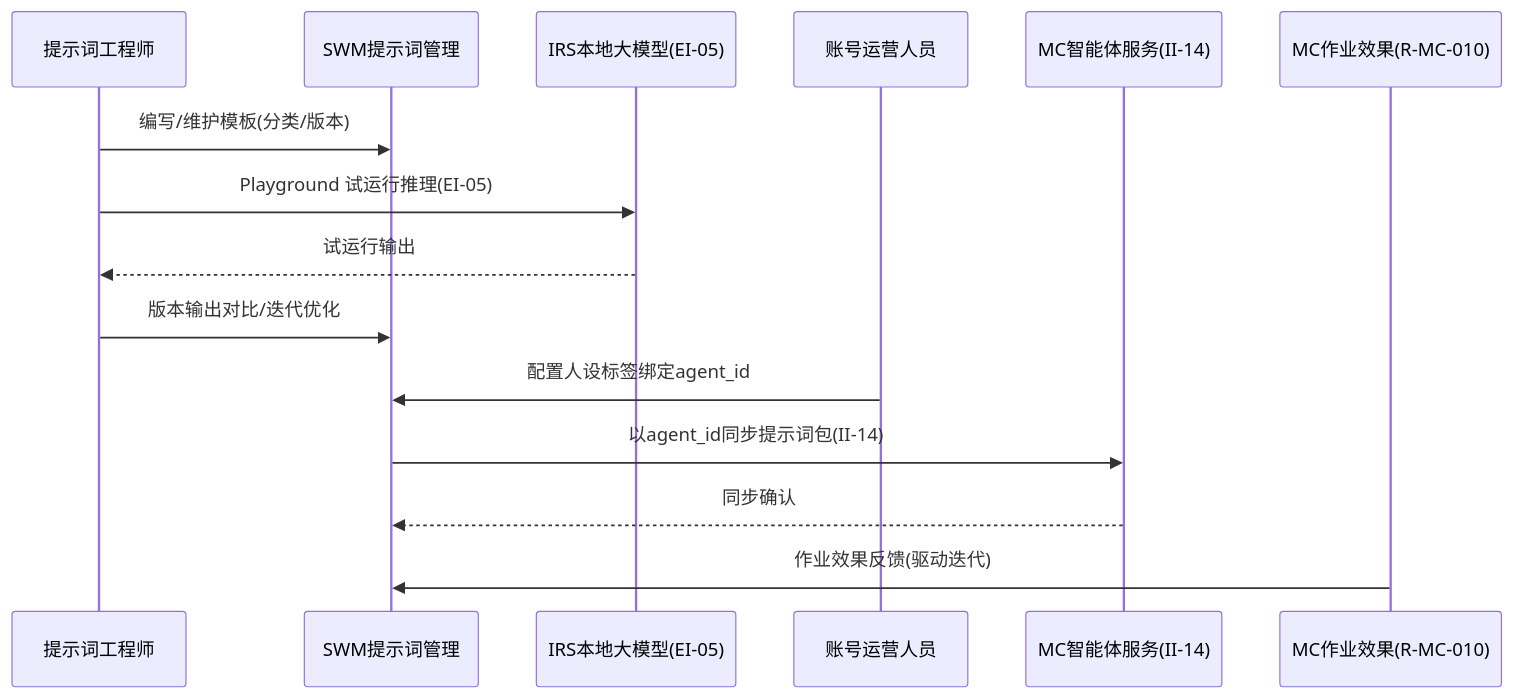
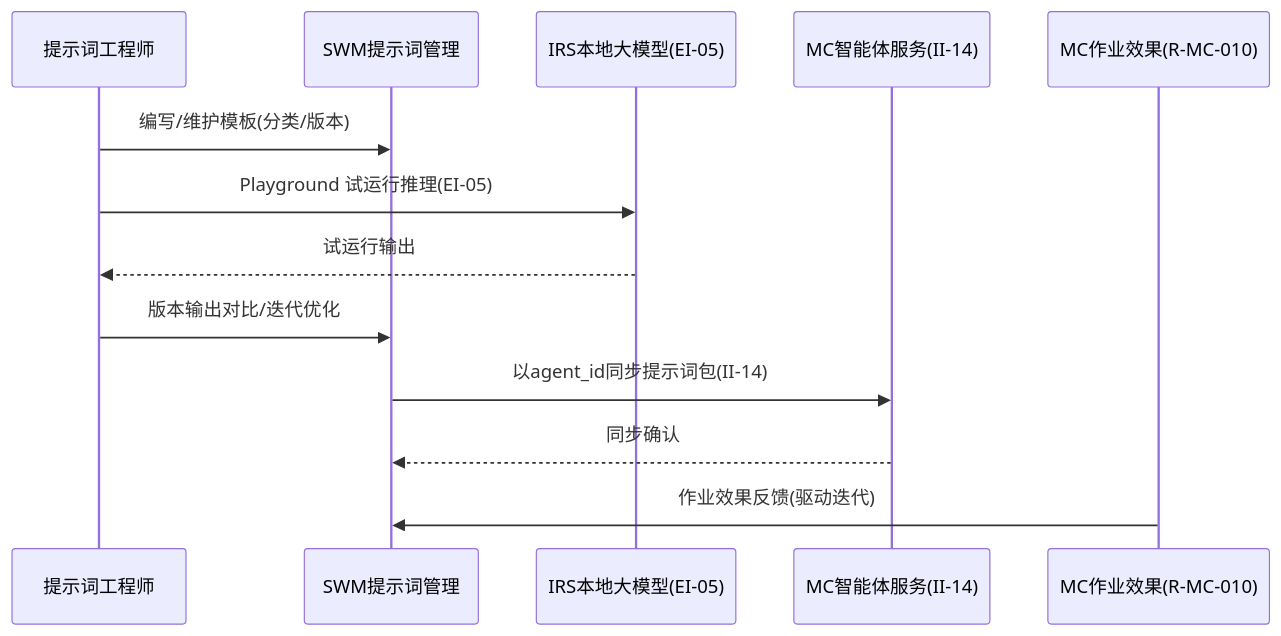
The second of 10 diagrams in 公司项目/认知作战/文档/SRS/软件需求规格说明-SWM子系统.md (Sj-g/obsidian), drawn with Mermaid before and after one commit. The commit also changed other lines of this file and 4 other files, not shown here.

````diff
--- a/公司项目/认知作战/文档/SRS/软件需求规格说明-SWM子系统.md
+++ b/公司项目/认知作战/文档/SRS/软件需求规格说明-SWM子系统.md
@@ -95,17 +92,15 @@
 ```mermaid
 sequenceDiagram
   participant 工程师 as 提示词工程师
   participant SWM as SWM提示词管理
   participant IRS as IRS本地大模型(EI-05)
-  participant 运营 as 账号运营人员
   participant MC as MC智能体服务(II-14)
   participant 效果 as MC作业效果(R-MC-010)
   工程师->>SWM: 编写/维护模板(分类/版本)
   工程师->>IRS: Playground 试运行推理(EI-05)
   IRS-->>工程师: 试运行输出
   工程师->>SWM: 版本输出对比/迭代优化
-  运营->>SWM: 配置人设标签绑定agent_id
   SWM->>MC: 以agent_id同步提示词包(II-14)
   MC-->>SWM: 同步确认
   效果->>SWM: 作业效果反馈(驱动迭代)
 ```
````
